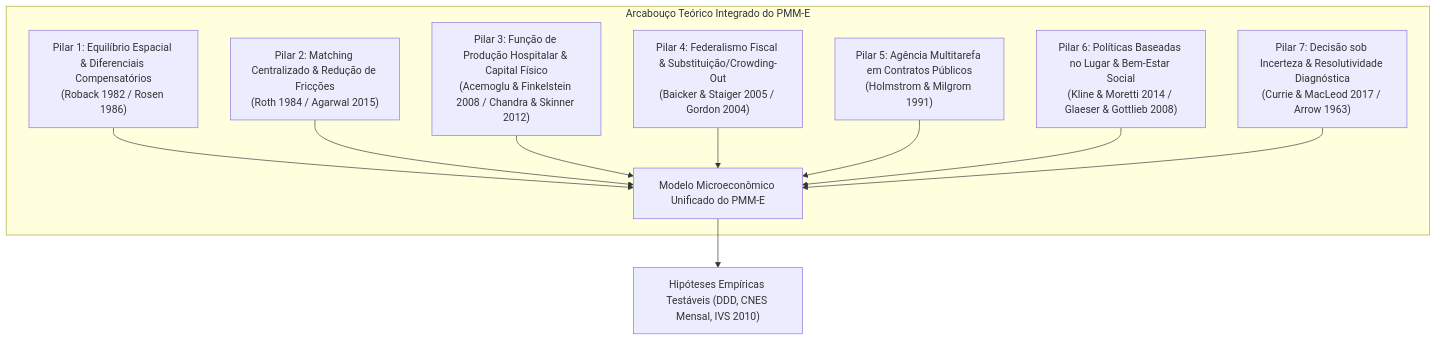
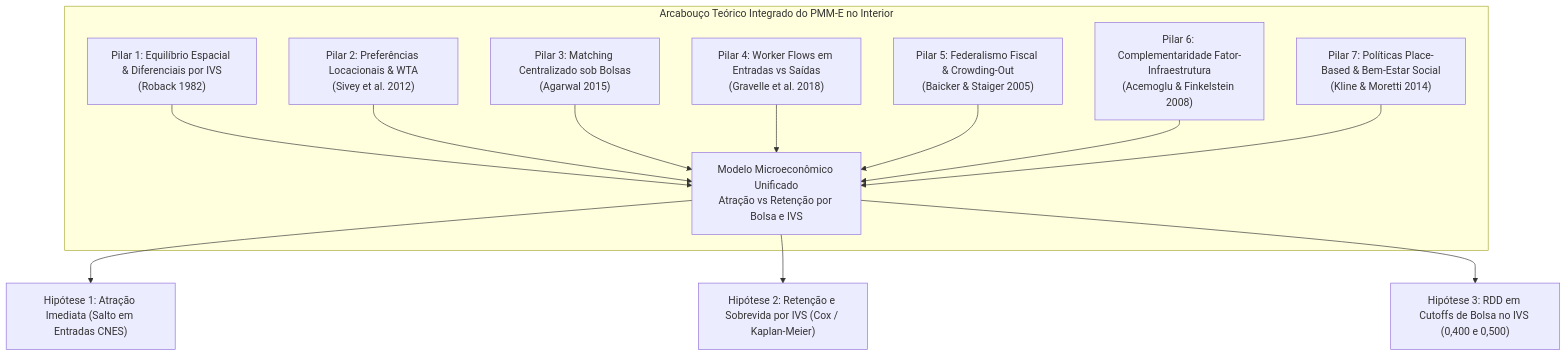
Before and after one commit to ka1victor/impact-eval-health-econ-pmme: the diagram in docs/10_fundamentacao_teorica_problema_pmme.md, drawn with Mermaid. The commit also changed other lines of this file and 76 other files, not shown here.

````diff
--- a/docs/10_fundamentacao_teorica_problema_pmme.md
+++ b/docs/10_fundamentacao_teorica_problema_pmme.md
@@ -22,14 +21,16 @@
 ```mermaid
 graph TD
-    subgraph "Arcabouço Teórico Integrado do PMM-E"
-        P1["Pilar 1: Equilíbrio Espacial & Diferenciais Compensatórios<br/>(Roback 1982 / Rosen 1986)"] --> M["Modelo Microeconômico Unificado do PMM-E"]
-        P2["Pilar 2: Matching Centralizado & Redução de Fricções<br/>(Roth 1984 / Agarwal 2015)"] --> M
-        P3["Pilar 3: Função de Produção Hospitalar & Capital Físico<br/>(Acemoglu & Finkelstein 2008 / Chandra & Skinner 2012)"] --> M
-        P4["Pilar 4: Federalismo Fiscal & Substituição/Crowding-Out<br/>(Baicker & Staiger 2005 / Gordon 2004)"] --> M
-        P5["Pilar 5: Agência Multitarefa em Contratos Públicos<br/>(Holmstrom & Milgrom 1991)"] --> M
-        P6["Pilar 6: Políticas Baseadas no Lugar & Bem-Estar Social<br/>(Kline & Moretti 2014 / Glaeser & Gottlieb 2008)"] --> M
-        P7["Pilar 7: Decisão sob Incerteza & Resolutividade Diagnóstica<br/>(Currie & MacLeod 2017 / Arrow 1963)"] --> M
+    subgraph "Arcabouço Teórico Integrado do PMM-E no Interior"
+        P1["Pilar 1: Equilíbrio Espacial & Diferenciais por IVS<br/>(Roback 1982)"] --> M["Modelo Microeconômico Unificado<br/>Atração vs Retenção por Bolsa e IVS"]
+        P2["Pilar 2: Preferências Locacionais & WTA<br/>(Sivey et al. 2012)"] --> M
+        P3["Pilar 3: Matching Centralizado sob Bolsas<br/>(Agarwal 2015)"] --> M
+        P4["Pilar 4: Worker Flows em Entradas vs Saídas<br/>(Gravelle et al. 2018)"] --> M
+        P5["Pilar 5: Federalismo Fiscal & Crowding-Out<br/>(Baicker & Staiger 2005)"] --> M
+        P6["Pilar 6: Complementaridade Fator-Infraestrutura<br/>(Acemoglu & Finkelstein 2008)"] --> M
+        P7["Pilar 7: Políticas Place-Based & Bem-Estar Social<br/>(Kline & Moretti 2014)"] --> M
     end
     
-    M --> TEST["Hipóteses Empíricas Testáveis (DDD, CNES Mensal, IVS 2010)"]
+    M --> TEST1["Hipótese 1: Atração Imediata (Salto em Entradas CNES)"]
+    M --> TEST2["Hipótese 2: Retenção e Sobrevida por IVS (Cox / Kaplan-Meier)"]
+    M --> TEST3["Hipótese 3: RDD em Cutoffs de Bolsa no IVS (0,400 e 0,500)"]
 ```
````
